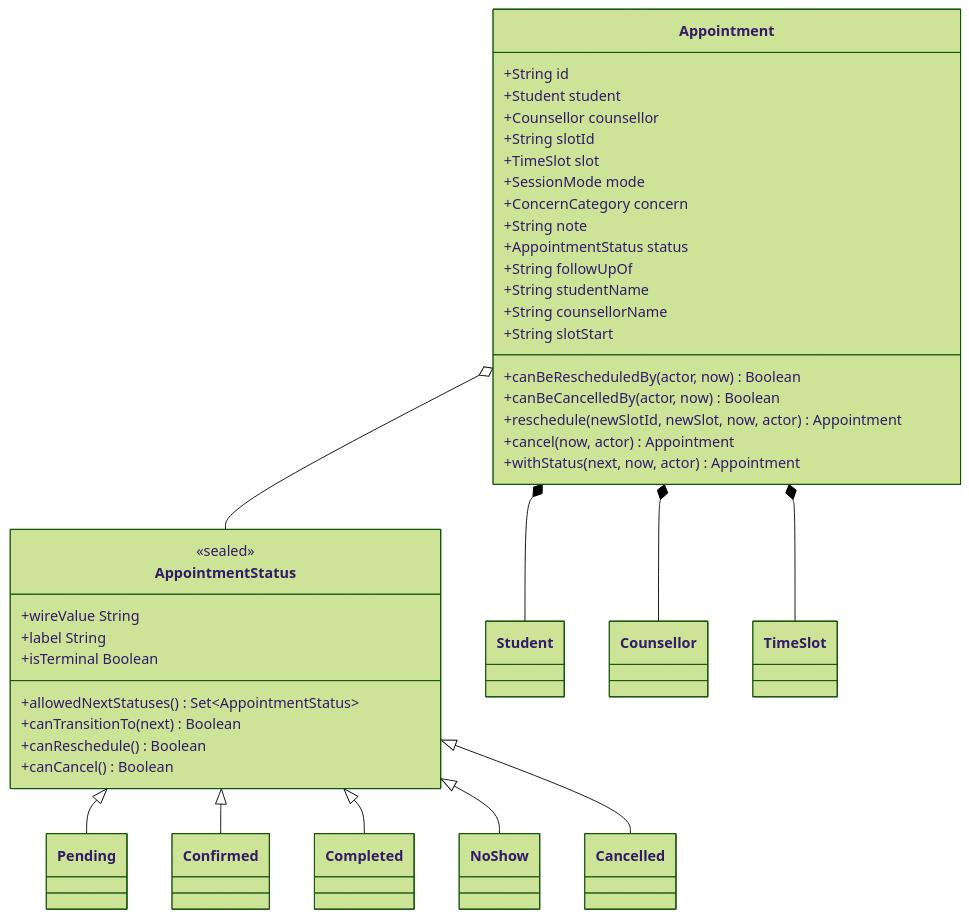
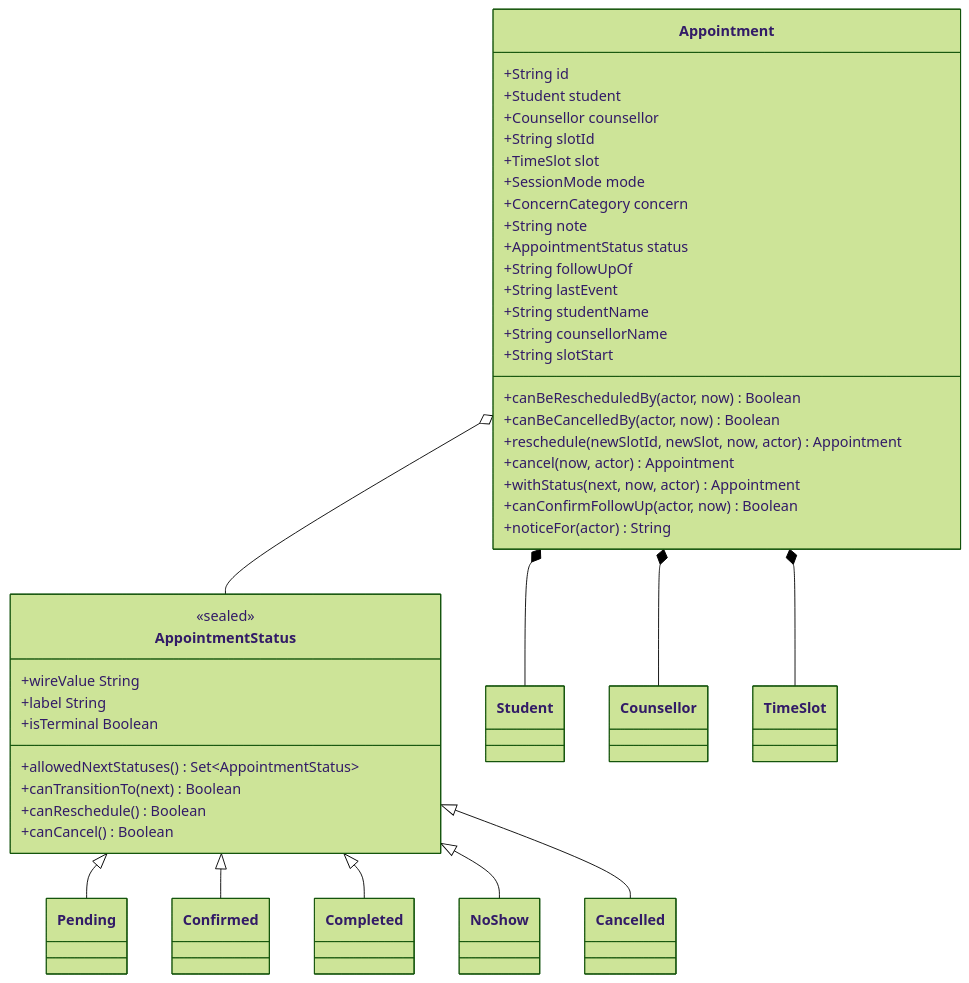
One commit to PpBeh/University_Counselling-Support_System- changed the second of 6 diagrams in docs/CLASS_DIAGRAM.md. Above: the diagram before and after it, drawn with Mermaid (forest theme). The commit also changed 27 other files, not shown here.

````diff
--- a/docs/CLASS_DIAGRAM.md
+++ b/docs/CLASS_DIAGRAM.md
@@ -117,52 +117,55 @@
 ```mermaid
 classDiagram
     direction TB
 
     class Appointment {
         +String id
         +Student student
         +Counsellor counsellor
         +String slotId
         +TimeSlot slot
         +SessionMode mode
         +ConcernCategory concern
         +String note
         +AppointmentStatus status
         +String followUpOf
+        +String lastEvent
         +String studentName
         +String counsellorName
         +String slotStart
         +canBeRescheduledBy(actor, now) Boolean
         +canBeCancelledBy(actor, now) Boolean
         +reschedule(newSlotId, newSlot, now, actor) Appointment
         +cancel(now, actor) Appointment
         +withStatus(next, now, actor) Appointment
+        +canConfirmFollowUp(actor, now) Boolean
+        +noticeFor(actor) String
     }
 
     class AppointmentStatus {
         <<sealed>>
         +wireValue String
         +label String
         +isTerminal Boolean
         +allowedNextStatuses() Set~AppointmentStatus~
         +canTransitionTo(next) Boolean
         +canReschedule() Boolean
         +canCancel() Boolean
     }
 
     class Pending
     class Confirmed
     class Completed
     class NoShow
     class Cancelled
 
     Appointment *-- Student
     Appointment *-- Counsellor
     Appointment *-- TimeSlot
     Appointment o-- AppointmentStatus
     AppointmentStatus <|-- Pending
     AppointmentStatus <|-- Confirmed
     AppointmentStatus <|-- Completed
     AppointmentStatus <|-- NoShow
     AppointmentStatus <|-- Cancelled
 ```
````
